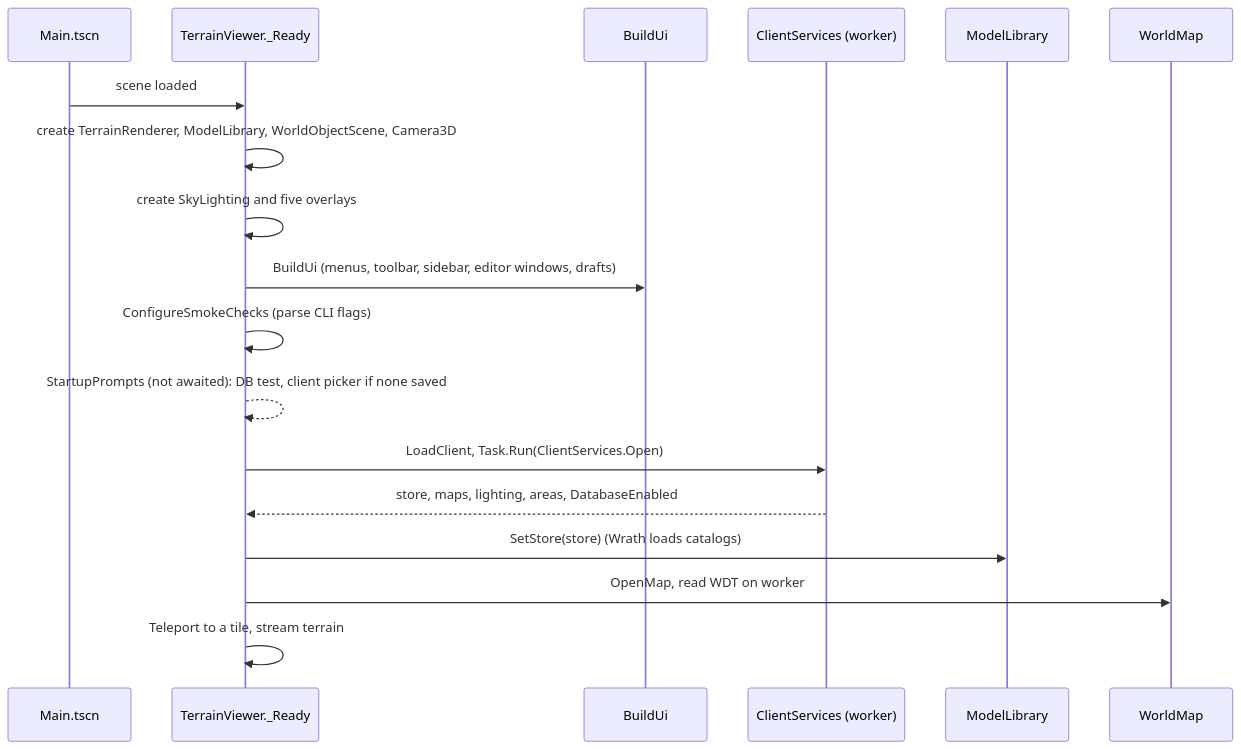
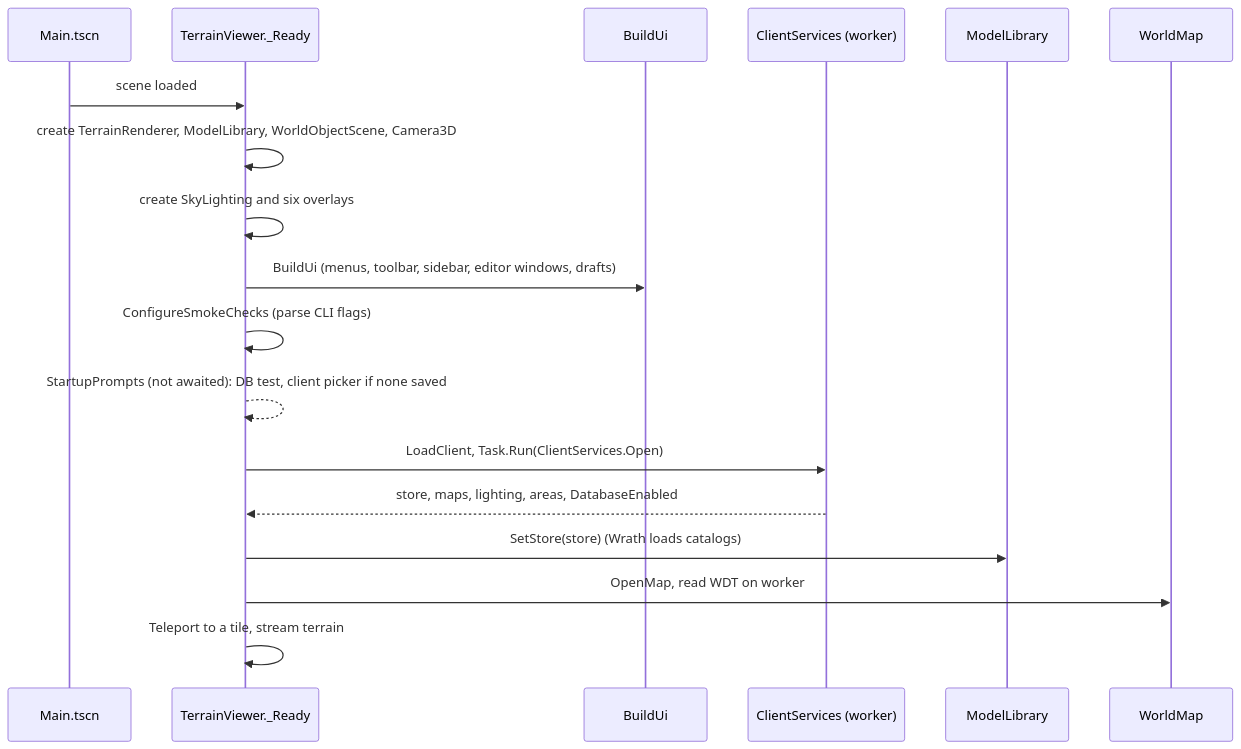
One commit to glitterfartz/ac-world-edit changed the first of 3 diagrams in docs/architecture/viewer-runtime.md. Above: the diagram before and after it, drawn with Mermaid. The commit also changed other lines of this file and 16 other files, not shown here.

````diff
--- a/docs/architecture/viewer-runtime.md
+++ b/docs/architecture/viewer-runtime.md
@@ -9,21 +9,21 @@
 ```mermaid
 sequenceDiagram
     participant Main as Main.tscn
     participant TV as TerrainViewer._Ready
     participant UI as BuildUi
     participant CS as ClientServices (worker)
     participant M as ModelLibrary
     participant W as WorldMap
 
     Main->>TV: scene loaded
     TV->>TV: create TerrainRenderer, ModelLibrary, WorldObjectScene, Camera3D
-    TV->>TV: create SkyLighting and five overlays
+    TV->>TV: create SkyLighting and six overlays
     TV->>UI: BuildUi (menus, toolbar, sidebar, editor windows, drafts)
     TV->>TV: ConfigureSmokeChecks (parse CLI flags)
     TV-->>TV: StartupPrompts (not awaited): DB test, client picker if none saved
     TV->>CS: LoadClient, Task.Run(ClientServices.Open)
     CS-->>TV: store, maps, lighting, areas, DatabaseEnabled
     TV->>M: SetStore(store) (Wrath loads catalogs)
     TV->>W: OpenMap, read WDT on worker
     TV->>TV: Teleport to a tile, stream terrain
 ```
````
